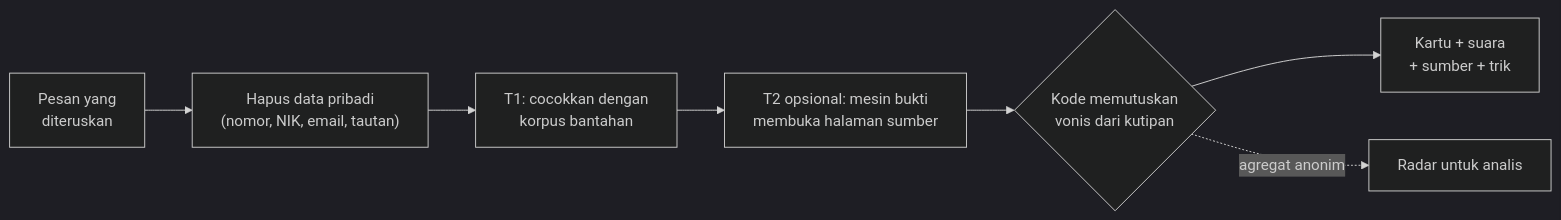
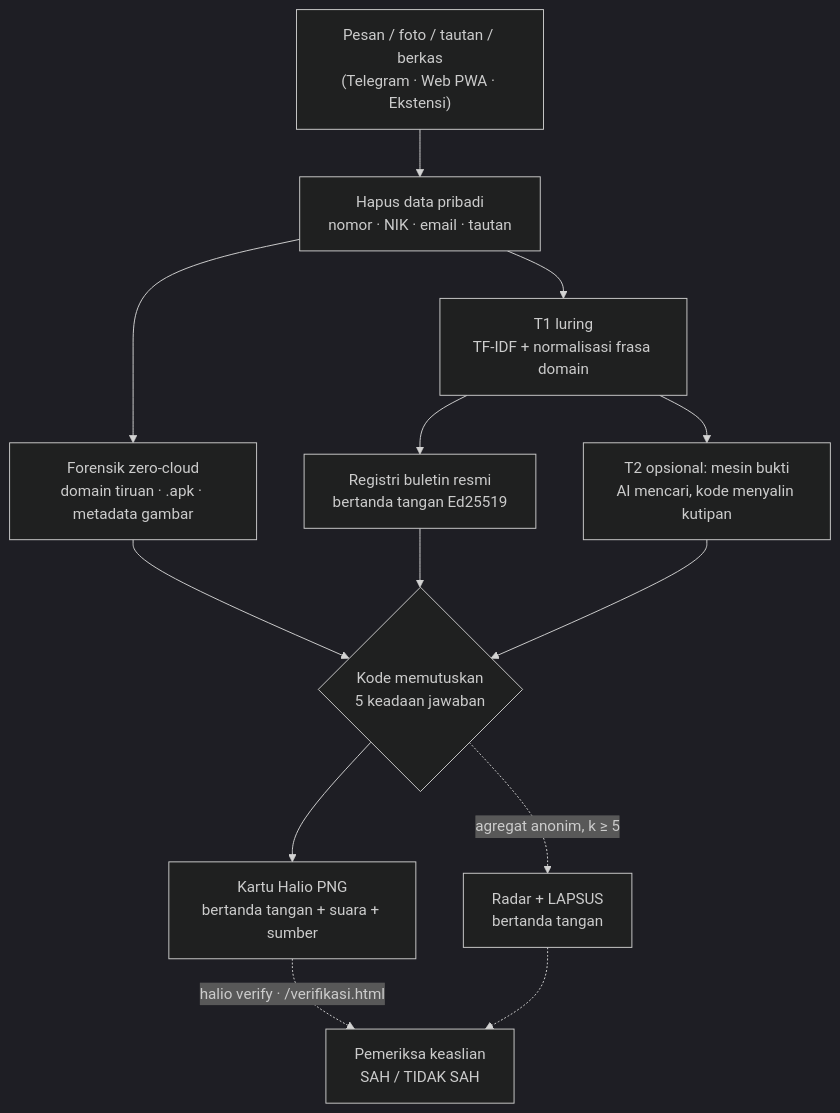
One commit to Ardelyo/halio changed the diagram in README.md. Above: the diagram before and after it, drawn with Mermaid (dark theme). The commit also changed other lines of this file and 15 other files, not shown here.

First line of the commit message:
README: galeri tangkapan layar, grafik SVG, bagian bukti keaslian v1.0

````diff
--- a/README.md
+++ b/README.md
@@ -44,9 +122,15 @@
 ```mermaid
-flowchart LR
-    A["Pesan yang<br>diteruskan"] --> B["Hapus data pribadi<br>(nomor, NIK, email, tautan)"]
-    B --> C["T1: cocokkan dengan<br>korpus bantahan"]
-    C --> D["T2 opsional: mesin bukti<br>membuka halaman sumber"]
-    D --> E{"Kode memutuskan<br>vonis dari kutipan"}
-    E --> F["Kartu + suara<br>+ sumber + trik"]
-    E -. "agregat anonim" .-> G["Radar untuk analis"]
+flowchart TD
+    IN["Pesan / foto / tautan / berkas<br>(Telegram · Web PWA · Ekstensi)"] --> PII["Hapus data pribadi<br>nomor · NIK · email · tautan"]
+    PII --> FOR["Forensik zero-cloud<br>domain tiruan · .apk · metadata gambar"]
+    PII --> T1["T1 luring<br>TF-IDF + normalisasi frasa domain"]
+    T1 --> REG["Registri buletin resmi<br>bertanda tangan Ed25519"]
+    T1 --> T2["T2 opsional: mesin bukti<br>AI mencari, kode menyalin kutipan"]
+    FOR --> VER{"Kode memutuskan<br>5 keadaan jawaban"}
+    REG --> VER
+    T2 --> VER
+    VER --> CARD["Kartu Halio PNG<br>bertanda tangan + suara + sumber"]
+    VER -. "agregat anonim, k ≥ 5" .-> RAD["Radar + LAPSUS<br>bertanda tangan"]
+    CARD -. "halio verify · /verifikasi.html" .-> CHK["Pemeriksa keaslian<br>SAH / TIDAK SAH"]
+    RAD -.-> CHK
 ```
````
